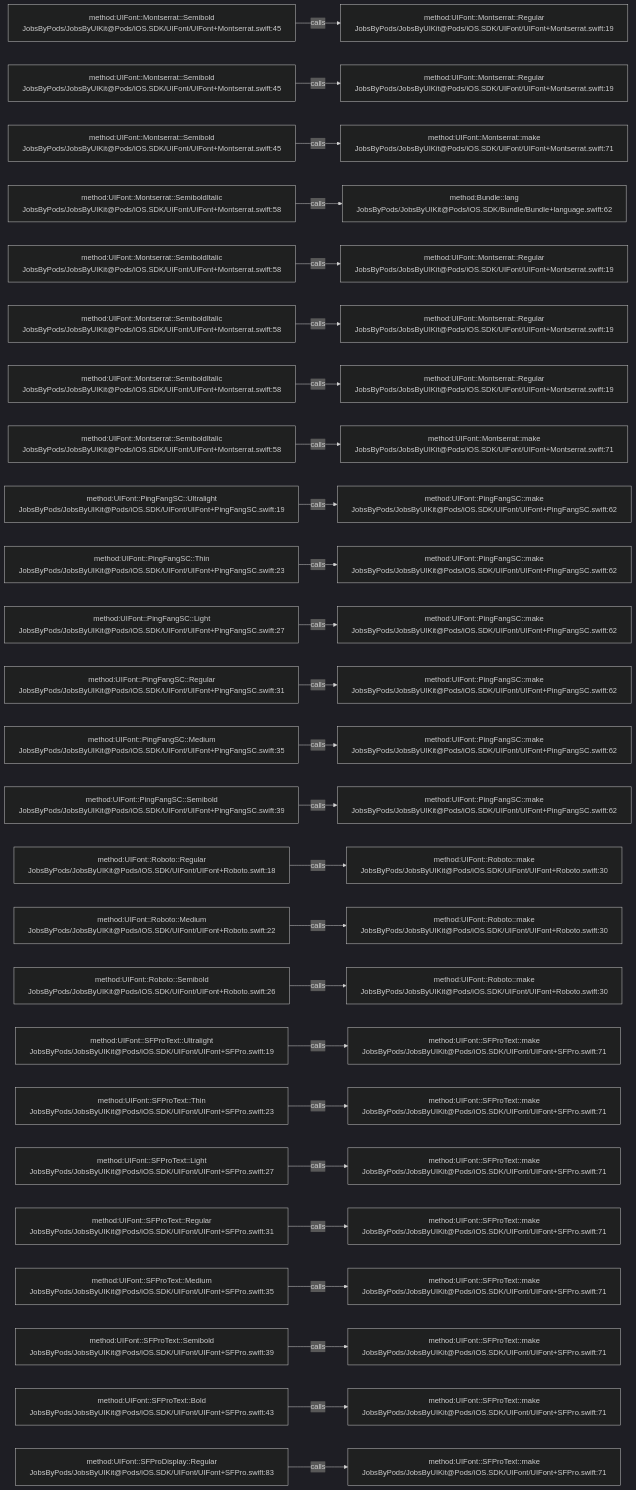
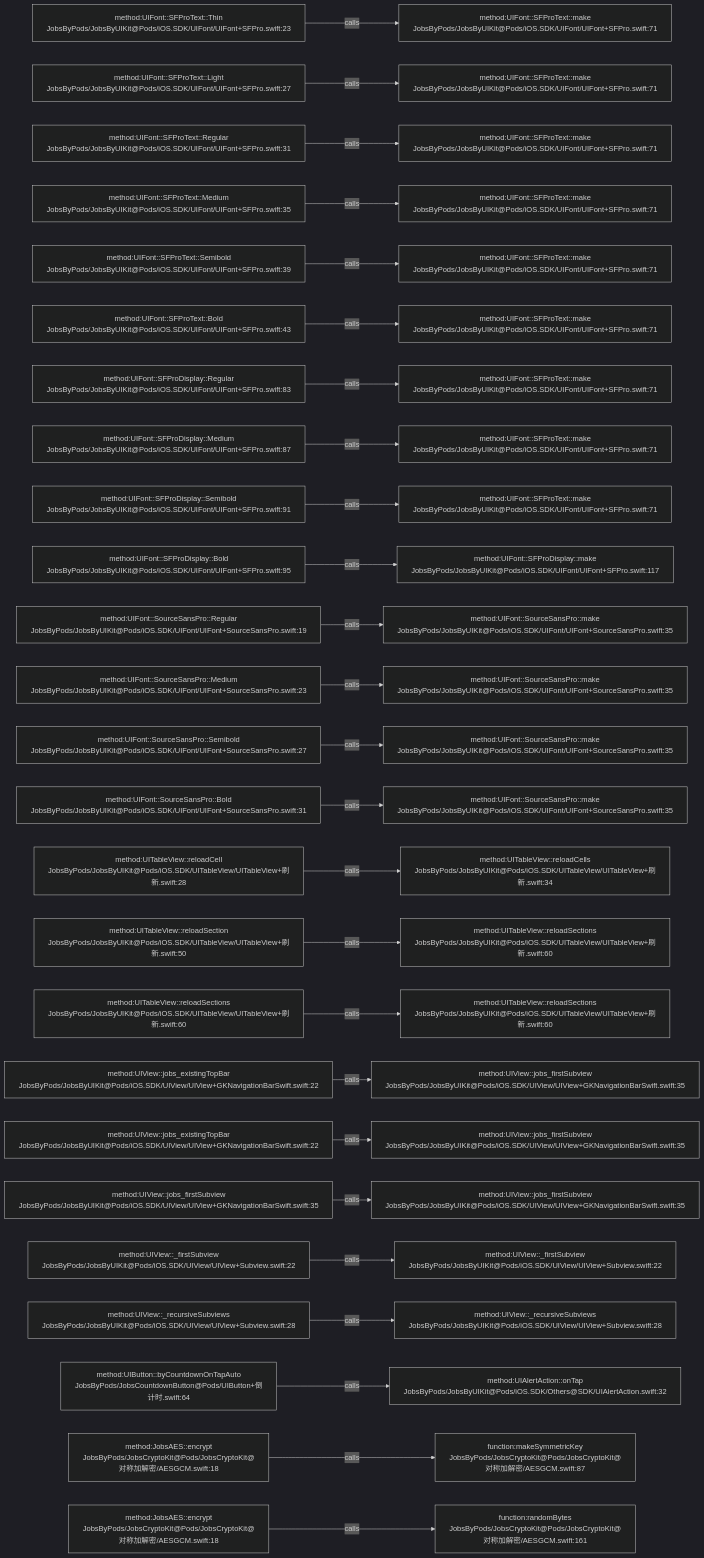
The diagram in .codegraph/codegraph.md/graphs/calls-005.md (JobsKits/JobsSwiftBaseConfigDemo), drawn with Mermaid (dark theme) before and after one commit. The commit also changed 2959 other files, not shown here.

````diff
--- a/.codegraph/codegraph.md/graphs/calls-005.md
+++ b/.codegraph/codegraph.md/graphs/calls-005.md
@@ -13,78 +13,78 @@
 ```mermaid
 flowchart LR
-  S1["method:UIFont::Montserrat::Semibold<br/>JobsByPods/JobsByUIKit@Pods/iOS.SDK/UIFont/UIFont+Montserrat.swift:45"]
-  T1["method:UIFont::Montserrat::Regular<br/>JobsByPods/JobsByUIKit@Pods/iOS.SDK/UIFont/UIFont+Montserrat.swift:19"]
+  S1["method:UIFont::SFProText::Thin<br/>JobsByPods/JobsByUIKit@Pods/iOS.SDK/UIFont/UIFont+SFPro.swift:23"]
+  T1["method:UIFont::SFProText::make<br/>JobsByPods/JobsByUIKit@Pods/iOS.SDK/UIFont/UIFont+SFPro.swift:71"]
   S1 -->|calls| T1
-  S2["method:UIFont::Montserrat::Semibold<br/>JobsByPods/JobsByUIKit@Pods/iOS.SDK/UIFont/UIFont+Montserrat.swift:45"]
-  T2["method:UIFont::Montserrat::Regular<br/>JobsByPods/JobsByUIKit@Pods/iOS.SDK/UIFont/UIFont+Montserrat.swift:19"]
+  S2["method:UIFont::SFProText::Light<br/>JobsByPods/JobsByUIKit@Pods/iOS.SDK/UIFont/UIFont+SFPro.swift:27"]
+  T2["method:UIFont::SFProText::make<br/>JobsByPods/JobsByUIKit@Pods/iOS.SDK/UIFont/UIFont+SFPro.swift:71"]
   S2 -->|calls| T2
-  S3["method:UIFont::Montserrat::Semibold<br/>JobsByPods/JobsByUIKit@Pods/iOS.SDK/UIFont/UIFont+Montserrat.swift:45"]
-  T3["method:UIFont::Montserrat::make<br/>JobsByPods/JobsByUIKit@Pods/iOS.SDK/UIFont/UIFont+Montserrat.swift:71"]
+  S3["method:UIFont::SFProText::Regular<br/>JobsByPods/JobsByUIKit@Pods/iOS.SDK/UIFont/UIFont+SFPro.swift:31"]
+  T3["method:UIFont::SFProText::make<br/>JobsByPods/JobsByUIKit@Pods/iOS.SDK/UIFont/UIFont+SFPro.swift:71"]
   S3 -->|calls| T3
-  S4["method:UIFont::Montserrat::SemiboldItalic<br/>JobsByPods/JobsByUIKit@Pods/iOS.SDK/UIFont/UIFont+Montserrat.swift:58"]
-  T4["method:Bundle::lang<br/>JobsByPods/JobsByUIKit@Pods/iOS.SDK/Bundle/Bundle+language.swift:62"]
+  S4["method:UIFont::SFProText::Medium<br/>JobsByPods/JobsByUIKit@Pods/iOS.SDK/UIFont/UIFont+SFPro.swift:35"]
+  T4["method:UIFont::SFProText::make<br/>JobsByPods/JobsByUIKit@Pods/iOS.SDK/UIFont/UIFont+SFPro.swift:71"]
   S4 -->|calls| T4
-  S5["method:UIFont::Montserrat::SemiboldItalic<br/>JobsByPods/JobsByUIKit@Pods/iOS.SDK/UIFont/UIFont+Montserrat.swift:58"]
-  T5["method:UIFont::Montserrat::Regular<br/>JobsByPods/JobsByUIKit@Pods/iOS.SDK/UIFont/UIFont+Montserrat.swift:19"]
+  S5["method:UIFont::SFProText::Semibold<br/>JobsByPods/JobsByUIKit@Pods/iOS.SDK/UIFont/UIFont+SFPro.swift:39"]
+  T5["method:UIFont::SFProText::make<br/>JobsByPods/JobsByUIKit@Pods/iOS.SDK/UIFont/UIFont+SFPro.swift:71"]
   S5 -->|calls| T5
-  S6["method:UIFont::Montserrat::SemiboldItalic<br/>JobsByPods/JobsByUIKit@Pods/iOS.SDK/UIFont/UIFont+Montserrat.swift:58"]
-  T6["method:UIFont::Montserrat::Regular<br/>JobsByPods/JobsByUIKit@Pods/iOS.SDK/UIFont/UIFont+Montserrat.swift:19"]
+  S6["method:UIFont::SFProText::Bold<br/>JobsByPods/JobsByUIKit@Pods/iOS.SDK/UIFont/UIFont+SFPro.swift:43"]
+  T6["method:UIFont::SFProText::make<br/>JobsByPods/JobsByUIKit@Pods/iOS.SDK/UIFont/UIFont+SFPro.swift:71"]
   S6 -->|calls| T6
-  S7["method:UIFont::Montserrat::SemiboldItalic<br/>JobsByPods/JobsByUIKit@Pods/iOS.SDK/UIFont/UIFont+Montserrat.swift:58"]
-  T7["method:UIFont::Montserrat::Regular<br/>JobsByPods/JobsByUIKit@Pods/iOS.SDK/UIFont/UIFont+Montserrat.swift:19"]
+  S7["method:UIFont::SFProDisplay::Regular<br/>JobsByPods/JobsByUIKit@Pods/iOS.SDK/UIFont/UIFont+SFPro.swift:83"]
+  T7["method:UIFont::SFProText::make<br/>JobsByPods/JobsByUIKit@Pods/iOS.SDK/UIFont/UIFont+SFPro.swift:71"]
   S7 -->|calls| T7
-  S8["method:UIFont::Montserrat::SemiboldItalic<br/>JobsByPods/JobsByUIKit@Pods/iOS.SDK/UIFont/UIFont+Montserrat.swift:58"]
-  T8["method:UIFont::Montserrat::make<br/>JobsByPods/JobsByUIKit@Pods/iOS.SDK/UIFont/UIFont+Montserrat.swift:71"]
+  S8["method:UIFont::SFProDisplay::Medium<br/>JobsByPods/JobsByUIKit@Pods/iOS.SDK/UIFont/UIFont+SFPro.swift:87"]
+  T8["method:UIFont::SFProText::make<br/>JobsByPods/JobsByUIKit@Pods/iOS.SDK/UIFont/UIFont+SFPro.swift:71"]
   S8 -->|calls| T8
-  S9["method:UIFont::PingFangSC::Ultralight<br/>JobsByPods/JobsByUIKit@Pods/iOS.SDK/UIFont/UIFont+PingFangSC.swift:19"]
-  T9["method:UIFont::PingFangSC::make<br/>JobsByPods/JobsByUIKit@Pods/iOS.SDK/UIFont/UIFont+PingFangSC.swift:62"]
+  S9["method:UIFont::SFProDisplay::Semibold<br/>JobsByPods/JobsByUIKit@Pods/iOS.SDK/UIFont/UIFont+SFPro.swift:91"]
+  T9["method:UIFont::SFProText::make<br/>JobsByPods/JobsByUIKit@Pods/iOS.SDK/UIFont/UIFont+SFPro.swift:71"]
   S9 -->|calls| T9
-  S10["method:UIFont::PingFangSC::Thin<br/>JobsByPods/JobsByUIKit@Pods/iOS.SDK/UIFont/UIFont+PingFangSC.swift:23"]
-  T10["method:UIFont::PingFangSC::make<br/>JobsByPods/JobsByUIKit@Pods/iOS.SDK/UIFont/UIFont+PingFangSC.swift:62"]
+  S10["method:UIFont::SFProDisplay::Bold<br/>JobsByPods/JobsByUIKit@Pods/iOS.SDK/UIFont/UIFont+SFPro.swift:95"]
+  T10["method:UIFont::SFProDisplay::make<br/>JobsByPods/JobsByUIKit@Pods/iOS.SDK/UIFont/UIFont+SFPro.swift:117"]
   S10 -->|calls| T10
-  S11["method:UIFont::PingFangSC::Light<br/>JobsByPods/JobsByUIKit@Pods/iOS.SDK/UIFont/UIFont+PingFangSC.swift:27"]
-  T11["method:UIFont::PingFangSC::make<br/>JobsByPods/JobsByUIKit@Pods/iOS.SDK/UIFont/UIFont+PingFangSC.swift:62"]
+  S11["method:UIFont::SourceSansPro::Regular<br/>JobsByPods/JobsByUIKit@Pods/iOS.SDK/UIFont/UIFont+SourceSansPro.swift:19"]
+  T11["method:UIFont::SourceSansPro::make<br/>JobsByPods/JobsByUIKit@Pods/iOS.SDK/UIFont/UIFont+SourceSansPro.swift:35"]
   S11 -->|calls| T11
-  S12["method:UIFont::PingFangSC::Regular<br/>JobsByPods/JobsByUIKit@Pods/iOS.SDK/UIFont/UIFont+PingFangSC.swift:31"]
-  T12["method:UIFont::PingFangSC::make<br/>JobsByPods/JobsByUIKit@Pods/iOS.SDK/UIFont/UIFont+PingFangSC.swift:62"]
+  S12["method:UIFont::SourceSansPro::Medium<br/>JobsByPods/JobsByUIKit@Pods/iOS.SDK/UIFont/UIFont+SourceSansPro.swift:23"]
+  T12["method:UIFont::SourceSansPro::make<br/>JobsByPods/JobsByUIKit@Pods/iOS.SDK/UIFont/UIFont+SourceSansPro.swift:35"]
   S12 -->|calls| T12
-  S13["method:UIFont::PingFangSC::Medium<br/>JobsByPods/JobsByUIKit@Pods/iOS.SDK/UIFont/UIFont+PingFangSC.swift:35"]
-  T13["method:UIFont::PingFangSC::make<br/>JobsByPods/JobsByUIKit@Pods/iOS.SDK/UIFont/UIFont+PingFangSC.swift:62"]
+  S13["method:UIFont::SourceSansPro::Semibold<br/>JobsByPods/JobsByUIKit@Pods/iOS.SDK/UIFont/UIFont+SourceSansPro.swift:27"]
+  T13["method:UIFont::SourceSansPro::make<br/>JobsByPods/JobsByUIKit@Pods/iOS.SDK/UIFont/UIFont+SourceSansPro.swift:35"]
   S13 -->|calls| T13
-  S14["method:UIFont::PingFangSC::Semibold<br/>JobsByPods/JobsByUIKit@Pods/iOS.SDK/UIFont/UIFont+PingFangSC.swift:39"]
-  T14["method:UIFont::PingFangSC::make<br/>JobsByPods/JobsByUIKit@Pods/iOS.SDK/UIFont/UIFont+PingFangSC.swift:62"]
+  S14["method:UIFont::SourceSansPro::Bold<br/>JobsByPods/JobsByUIKit@Pods/iOS.SDK/UIFont/UIFont+SourceSansPro.swift:31"]
+  T14["method:UIFont::SourceSansPro::make<br/>JobsByPods/JobsByUIKit@Pods/iOS.SDK/UIFont/UIFont+SourceSansPro.swift:35"]
   S14 -->|calls| T14
-  S15["method:UIFont::Roboto::Regular<br/>JobsByPods/JobsByUIKit@Pods/iOS.SDK/UIFont/UIFont+Roboto.swift:18"]
-  T15["method:UIFont::Roboto::make<br/>JobsByPods/JobsByUIKit@Pods/iOS.SDK/UIFont/UIFont+Roboto.swift:30"]
+  S15["method:UITableView::reloadCell<br/>JobsByPods/JobsByUIKit@Pods/iOS.SDK/UITableView/UITableView+刷新.swift:28"]
+  T15["method:UITableView::reloadCells<br/>JobsByPods/JobsByUIKit@Pods/iOS.SDK/UITableView/UITableView+刷新.swift:34"]
   S15 -->|calls| T15
-  S16["method:UIFont::Roboto::Medium<br/>JobsByPods/JobsByUIKit@Pods/iOS.SDK/UIFont/UIFont+Roboto.swift:22"]
-  T16["method:UIFont::Roboto::make<br/>JobsByPods/JobsByUIKit@Pods/iOS.SDK/UIFont/UIFont+Roboto.swift:30"]
+  S16["method:UITableView::reloadSection<br/>JobsByPods/JobsByUIKit@Pods/iOS.SDK/UITableView/UITableView+刷新.swift:50"]
+  T16["method:UITableView::reloadSections<br/>JobsByPods/JobsByUIKit@Pods/iOS.SDK/UITableView/UITableView+刷新.swift:60"]
   S16 -->|calls| T16
-  S17["method:UIFont::Roboto::Semibold<br/>JobsByPods/JobsByUIKit@Pods/iOS.SDK/UIFont/UIFont+Roboto.swift:26"]
-  T17["method:UIFont::Roboto::make<br/>JobsByPods/JobsByUIKit@Pods/iOS.SDK/UIFont/UIFont+Roboto.swift:30"]
+  S17["method:UITableView::reloadSections<br/>JobsByPods/JobsByUIKit@Pods/iOS.SDK/UITableView/UITableView+刷新.swift:60"]
+  T17["method:UITableView::reloadSections<br/>JobsByPods/JobsByUIKit@Pods/iOS.SDK/UITableView/UITableView+刷新.swift:60"]
   S17 -->|calls| T17
-  S18["method:UIFont::SFProText::Ultralight<br/>JobsByPods/JobsByUIKit@Pods/iOS.SDK/UIFont/UIFont+SFPro.swift:19"]
-  T18["method:UIFont::SFProText::make<br/>JobsByPods/JobsByUIKit@Pods/iOS.SDK/UIFont/UIFont+SFPro.swift:71"]
+  S18["method:UIView::jobs_existingTopBar<br/>JobsByPods/JobsByUIKit@Pods/iOS.SDK/UIView/UIView+GKNavigationBarSwift.swift:22"]
+  T18["method:UIView::jobs_firstSubview<br/>JobsByPods/JobsByUIKit@Pods/iOS.SDK/UIView/UIView+GKNavigationBarSwift.swift:35"]
   S18 -->|calls| T18
-  S19["method:UIFont::SFProText::Thin<br/>JobsByPods/JobsByUIKit@Pods/iOS.SDK/UIFont/UIFont+SFPro.swift:23"]
-  T19["method:UIFont::SFProText::make<br/>JobsByPods/JobsByUIKit@Pods/iOS.SDK/UIFont/UIFont+SFPro.swift:71"]
+  S19["method:UIView::jobs_existingTopBar<br/>JobsByPods/JobsByUIKit@Pods/iOS.SDK/UIView/UIView+GKNavigationBarSwift.swift:22"]
+  T19["method:UIView::jobs_firstSubview<br/>JobsByPods/JobsByUIKit@Pods/iOS.SDK/UIView/UIView+GKNavigationBarSwift.swift:35"]
   S19 -->|calls| T19
-  S20["method:UIFont::SFProText::Light<br/>JobsByPods/JobsByUIKit@Pods/iOS.SDK/UIFont/UIFont+SFPro.swift:27"]
-  T20["method:UIFont::SFProText::make<br/>JobsByPods/JobsByUIKit@Pods/iOS.SDK/UIFont/UIFont+SFPro.swift:71"]
+  S20["method:UIView::jobs_firstSubview<br/>JobsByPods/JobsByUIKit@Pods/iOS.SDK/UIView/UIView+GKNavigationBarSwift.swift:35"]
+  T20["method:UIView::jobs_firstSubview<br/>JobsByPods/JobsByUIKit@Pods/iOS.SDK/UIView/UIView+GKNavigationBarSwift.swift:35"]
   S20 -->|calls| T20
-  S21["method:UIFont::SFProText::Regular<br/>JobsByPods/JobsByUIKit@Pods/iOS.SDK/UIFont/UIFont+SFPro.swift:31"]
-  T21["method:UIFont::SFProText::make<br/>JobsByPods/JobsByUIKit@Pods/iOS.SDK/UIFont/UIFont+SFPro.swift:71"]
+  S21["method:UIView::_firstSubview<br/>JobsByPods/JobsByUIKit@Pods/iOS.SDK/UIView/UIView+Subview.swift:22"]
+  T21["method:UIView::_firstSubview<br/>JobsByPods/JobsByUIKit@Pods/iOS.SDK/UIView/UIView+Subview.swift:22"]
   S21 -->|calls| T21
-  S22["method:UIFont::SFProText::Medium<br/>JobsByPods/JobsByUIKit@Pods/iOS.SDK/UIFont/UIFont+SFPro.swift:35"]
-  T22["method:UIFont::SFProText::make<br/>JobsByPods/JobsByUIKit@Pods/iOS.SDK/UIFont/UIFont+SFPro.swift:71"]
+  S22["method:UIView::_recursiveSubviews<br/>JobsByPods/JobsByUIKit@Pods/iOS.SDK/UIView/UIView+Subview.swift:28"]
+  T22["method:UIView::_recursiveSubviews<br/>JobsByPods/JobsByUIKit@Pods/iOS.SDK/UIView/UIView+Subview.swift:28"]
   S22 -->|calls| T22
-  S23["method:UIFont::SFProText::Semibold<br/>JobsByPods/JobsByUIKit@Pods/iOS.SDK/UIFont/UIFont+SFPro.swift:39"]
-  T23["method:UIFont::SFProText::make<br/>JobsByPods/JobsByUIKit@Pods/iOS.SDK/UIFont/UIFont+SFPro.swift:71"]
+  S23["method:UIButton::byCountdownOnTapAuto<br/>JobsByPods/JobsCountdownButton@Pods/UIButton+倒计时.swift:64"]
+  T23["method:UIAlertAction::onTap<br/>JobsByPods/JobsByUIKit@Pods/iOS.SDK/Others@SDK/UIAlertAction.swift:32"]
   S23 -->|calls| T23
-  S24["method:UIFont::SFProText::Bold<br/>JobsByPods/JobsByUIKit@Pods/iOS.SDK/UIFont/UIFont+SFPro.swift:43"]
-  T24["method:UIFont::SFProText::make<br/>JobsByPods/JobsByUIKit@Pods/iOS.SDK/UIFont/UIFont+SFPro.swift:71"]
+  S24["method:JobsAES::encrypt<br/>JobsByPods/JobsCryptoKit@Pods/JobsCryptoKit@对称加解密/AESGCM.swift:18"]
+  T24["function:makeSymmetricKey<br/>JobsByPods/JobsCryptoKit@Pods/JobsCryptoKit@对称加解密/AESGCM.swift:87"]
   S24 -->|calls| T24
-  S25["method:UIFont::SFProDisplay::Regular<br/>JobsByPods/JobsByUIKit@Pods/iOS.SDK/UIFont/UIFont+SFPro.swift:83"]
-  T25["method:UIFont::SFProText::make<br/>JobsByPods/JobsByUIKit@Pods/iOS.SDK/UIFont/UIFont+SFPro.swift:71"]
+  S25["method:JobsAES::encrypt<br/>JobsByPods/JobsCryptoKit@Pods/JobsCryptoKit@对称加解密/AESGCM.swift:18"]
+  T25["function:randomBytes<br/>JobsByPods/JobsCryptoKit@Pods/JobsCryptoKit@对称加解密/AESGCM.swift:161"]
   S25 -->|calls| T25
 ```
````
